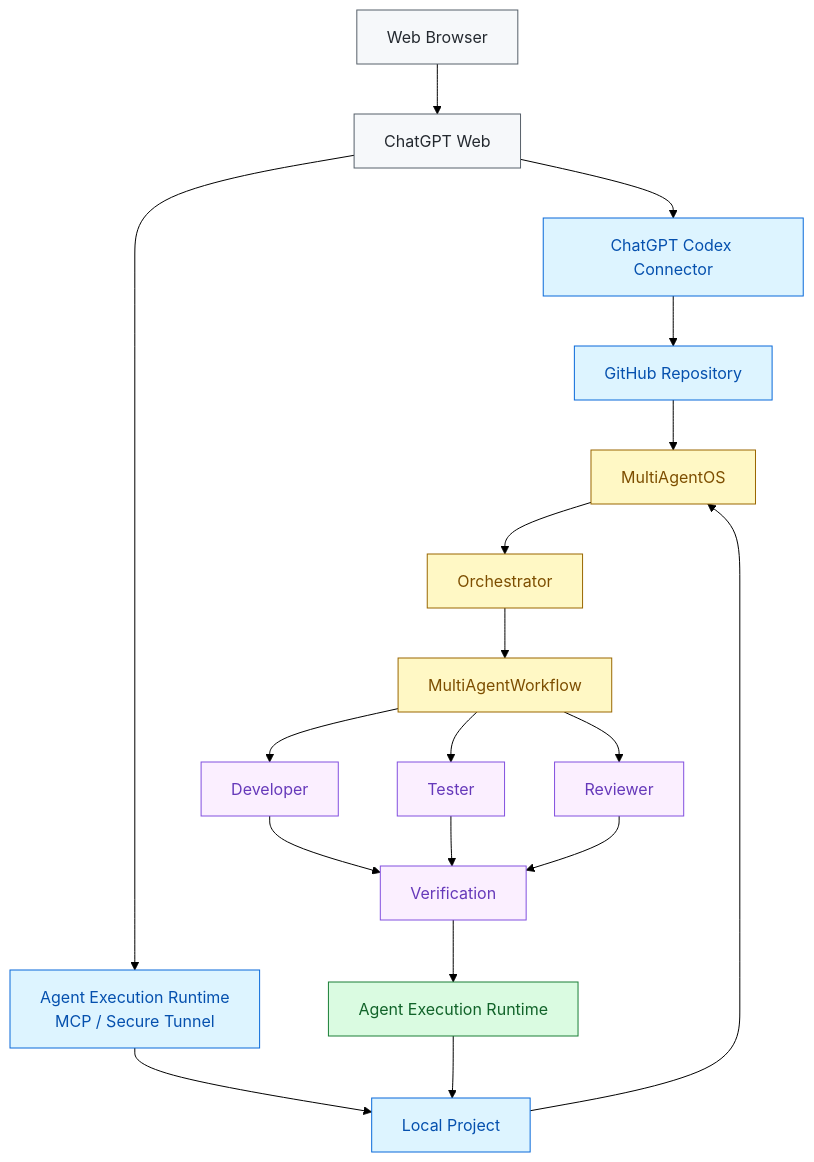
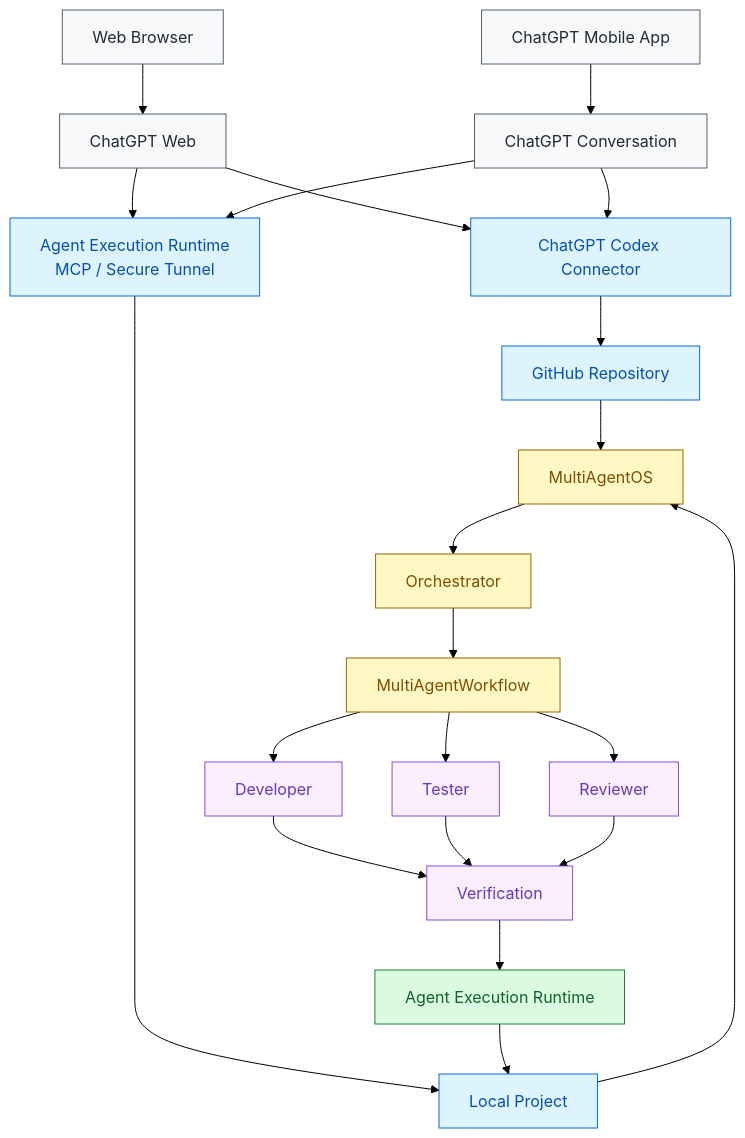
Before and after one commit to eaglesjo/MultiAgentOS: the first of 4 diagrams in README.md, drawn with Mermaid (forest theme). The commit also changed other lines of this file, not shown here.

Commit message:
docs: document ChatGPT mobile app support

````diff
--- a/README.md
+++ b/README.md
@@ -26,39 +29,42 @@
 ```mermaid
 flowchart TB
     U["Web Browser"] --> C["ChatGPT Web"]
+    M["ChatGPT Mobile App"] --> C2["ChatGPT Conversation"]
 
     C --> GH["ChatGPT Codex Connector"]
+    C2 --> GH
     GH --> G["GitHub Repository"]
 
     C --> MCP["Agent Execution Runtime<br/>MCP / Secure Tunnel"]
+    C2 --> MCP
     MCP --> L["Local Project"]
 
     G --> O["MultiAgentOS"]
     L --> O
 
     O --> ORCH["Orchestrator"]
     ORCH --> WF["MultiAgentWorkflow"]
 
     WF --> DEV["Developer"]
     WF --> TEST["Tester"]
     WF --> REVIEW["Reviewer"]
 
     DEV --> VERIFY["Verification"]
     TEST --> VERIFY
     REVIEW --> VERIFY
 
     VERIFY --> RUNTIME["Agent Execution Runtime"]
     RUNTIME --> L
 
     classDef entry fill:#f6f8fa,stroke:#57606a,color:#24292f;
     classDef boundary fill:#ddf4ff,stroke:#0969da,color:#0550ae;
     classDef orchestration fill:#fff8c5,stroke:#9a6700,color:#7d4e00;
     classDef agents fill:#fbefff,stroke:#8250df,color:#6639ba;
     classDef execution fill:#dafbe1,stroke:#1a7f37,color:#116329;
 
-    class U,C entry;
+    class U,C,M,C2 entry;
     class GH,MCP,G,L boundary;
     class O,ORCH,WF orchestration;
     class DEV,TEST,REVIEW,VERIFY agents;
     class RUNTIME execution;
 ```
````
